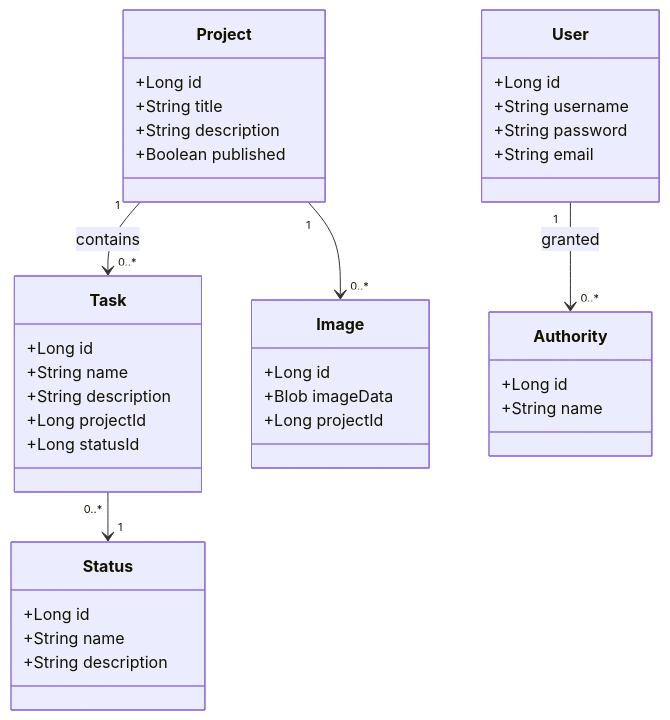
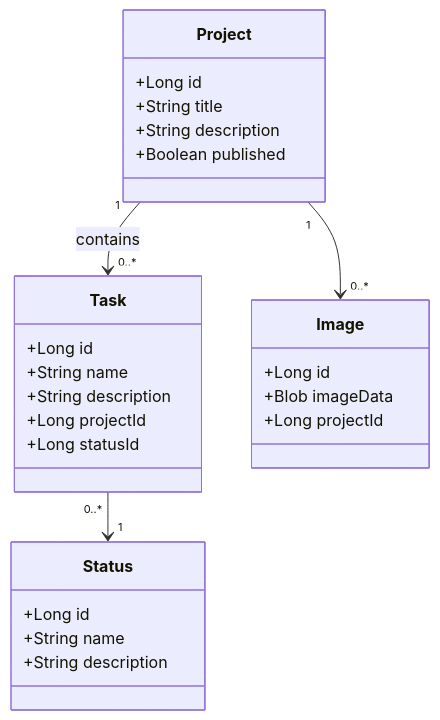
Before and after one commit to mjerta/project-manager-backend: the diagram in README.md, drawn with Mermaid. The commit also changed other lines of this file and 13 other files, not shown here.

````diff
--- a/README.md
+++ b/README.md
@@ -60,46 +55,33 @@
 ```mermaid
 classDiagram
     class Project {
         +Long id
         +String title
         +String description
         +Boolean published
     }
 
     class Task {
         +Long id
         +String name
         +String description
         +Long projectId
         +Long statusId
     }
 
     class Status {
         +Long id
         +String name
         +String description
     }
 
     class Image {
         +Long id
         +Blob imageData
         +Long projectId
     }
 
-    class User {
-        +Long id
-        +String username
-        +String password
-        +String email
-    }
-
-    class Authority {
-        +Long id
-        +String name
-    }
-
     Task "0..*" --> "1" Status
     Project "1" --> "0..*" Task : contains
     Project "1" --> "0..*" Image
-    User "1" --> "0..*" Authority : granted
 ```
````
